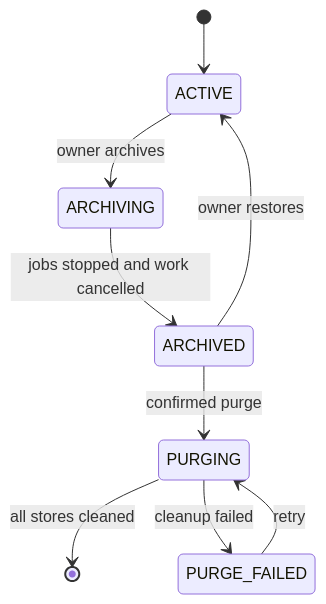
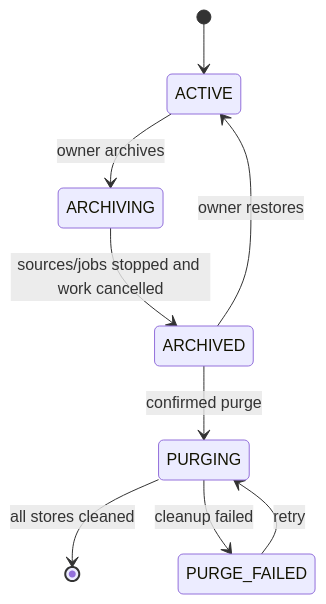
Before and after one commit to wenisch-tech/ContextCrate: the second of 2 diagrams in docs/crates.md, drawn with Mermaid. The commit also changed other lines of this file and 91 other files, not shown here.

````diff
--- a/docs/crates.md
+++ b/docs/crates.md
@@ -37,11 +40,11 @@
 ```mermaid
 stateDiagram-v2
   [*] --> ACTIVE
   ACTIVE --> ARCHIVING: owner archives
-  ARCHIVING --> ARCHIVED: jobs stopped and work cancelled
+  ARCHIVING --> ARCHIVED: sources/jobs stopped and work cancelled
   ARCHIVED --> ACTIVE: owner restores
   ARCHIVED --> PURGING: confirmed purge
   PURGING --> [*]: all stores cleaned
   PURGING --> PURGE_FAILED: cleanup failed
   PURGE_FAILED --> PURGING: retry
 ```
````
